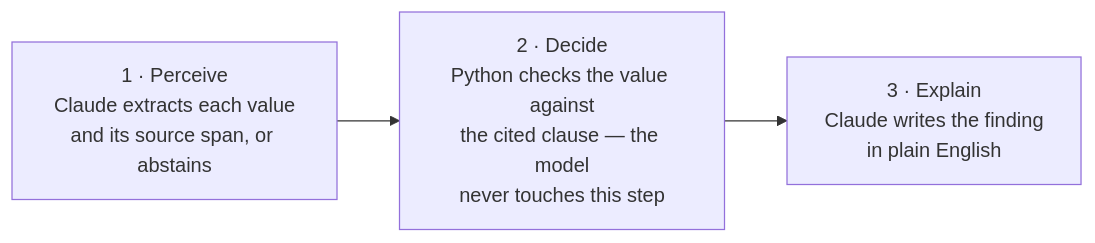
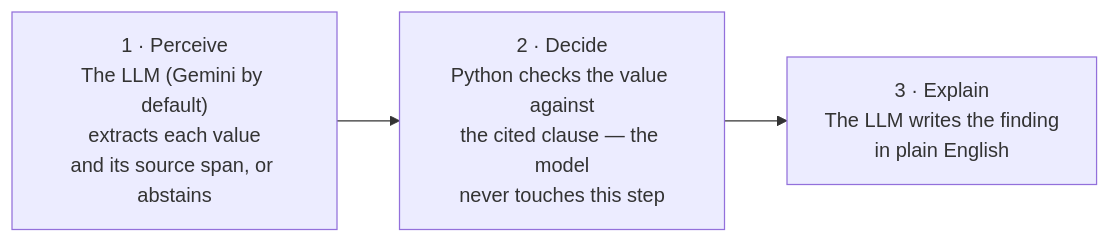
One commit to AwkJay/site-mind changed the second of 2 diagrams in README.md. Above: the diagram before and after it, drawn with Mermaid. The commit also changed other lines of this file and 2 other files, not shown here.

````diff
--- a/README.md
+++ b/README.md
@@ -70,7 +70,7 @@
 ```mermaid
 flowchart LR
-    A["1 · Perceive<br/>Claude extracts each value<br/>and its source span, or abstains"]
+    A["1 · Perceive<br/>The LLM (Gemini by default)<br/>extracts each value<br/>and its source span, or abstains"]
     B["2 · Decide<br/>Python checks the value against<br/>the cited clause — the model<br/>never touches this step"]
-    C["3 · Explain<br/>Claude writes the finding<br/>in plain English"]
+    C["3 · Explain<br/>The LLM writes the finding<br/>in plain English"]
     A --> B --> C
 ```
````
